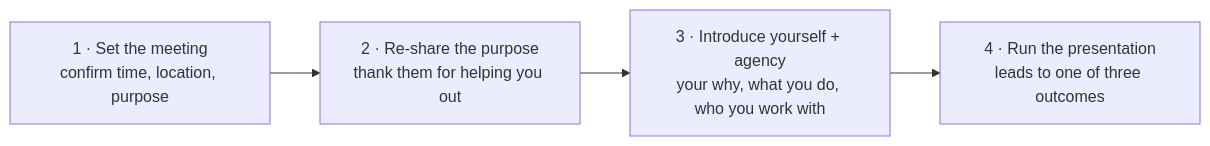
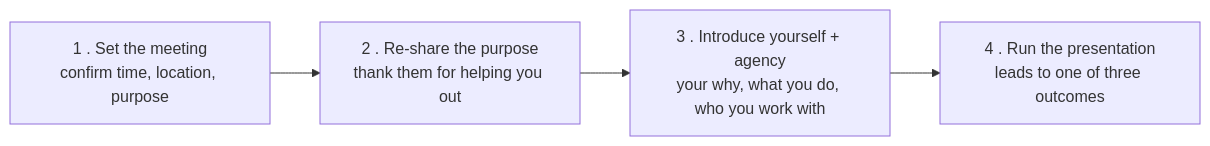
The diagram in docs/first-60-days/week-8/day-43.md (leotansingapore/aia-product-compass-hub), drawn with Mermaid before and after one commit. The commit also changed other lines of this file and 75 other files, not shown here.

````diff
--- a/docs/first-60-days/week-8/day-43.md
+++ b/docs/first-60-days/week-8/day-43.md
@@ -129,6 +129,6 @@
 ```mermaid
 flowchart LR
-    S1[1 · Set the meeting<br/>confirm time, location, purpose] --> S2[2 · Re-share the purpose<br/>thank them for helping you out]
-    S2 --> S3[3 · Introduce yourself + agency<br/>your why, what you do, who you work with]
-    S3 --> S4[4 · Run the presentation<br/>leads to one of three outcomes]
+    S1[1 . Set the meeting<br/>confirm time, location, purpose] --> S2[2 . Re-share the purpose<br/>thank them for helping you out]
+    S2 --> S3[3 . Introduce yourself + agency<br/>your why, what you do, who you work with]
+    S3 --> S4[4 . Run the presentation<br/>leads to one of three outcomes]
 ```
````
